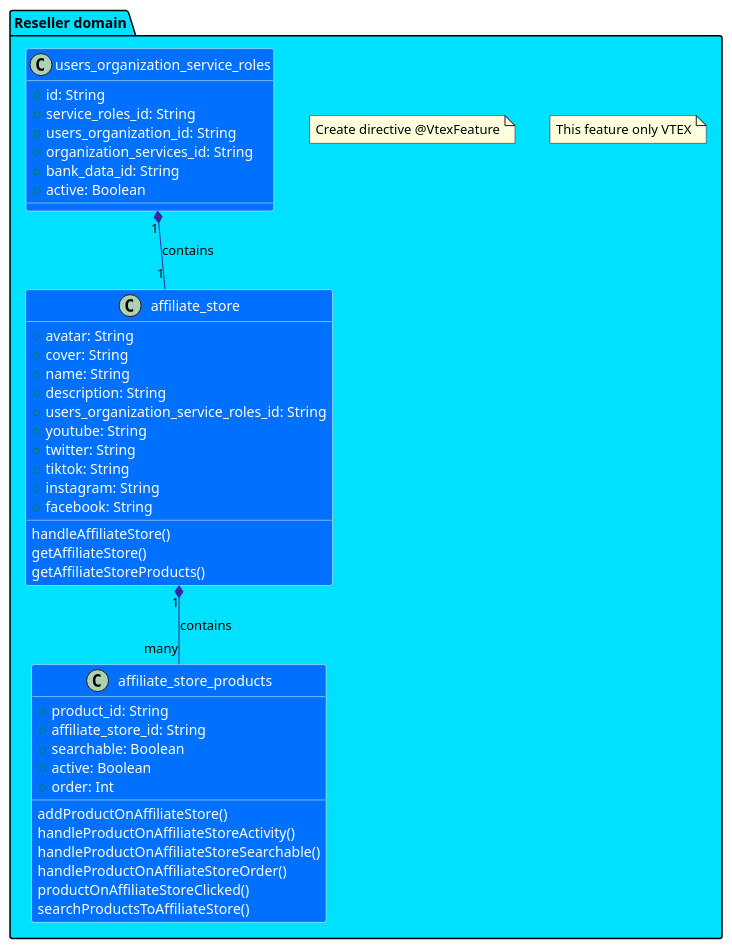
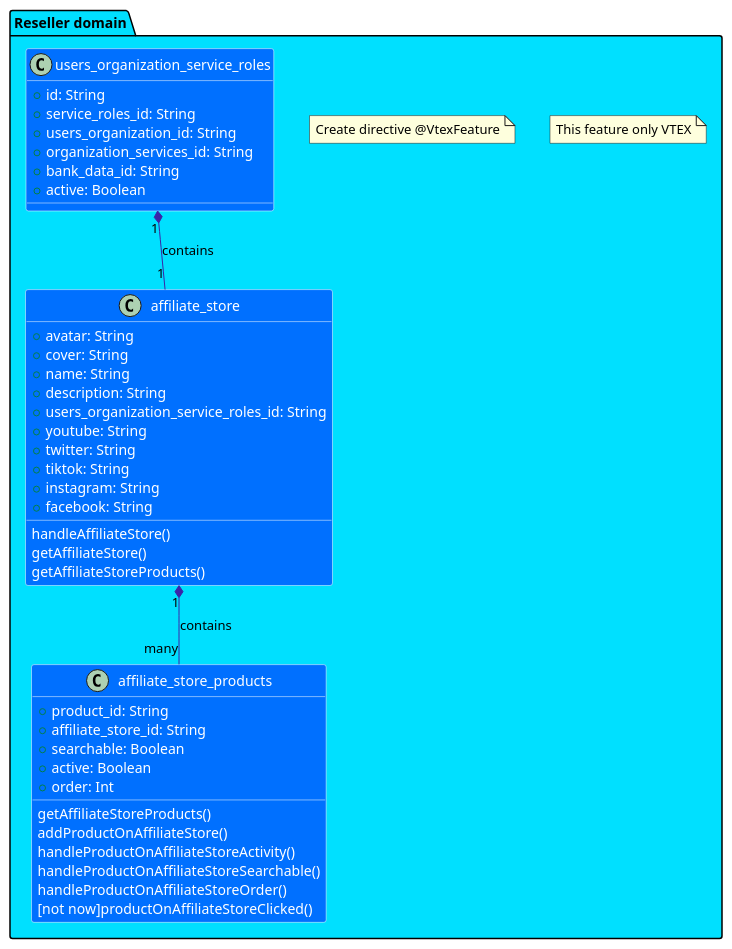
The diagram in affiliate-store-architecture.md (LucasTiberio/retailer-dev-api), drawn with PlantUML before and after one commit. The commit also changed 16 other files, not shown here.

Commit message:
fixed: affiliate-store-products added.

````diff
--- a/affiliate-store-architecture.md
+++ b/affiliate-store-architecture.md
@@ -7,66 +7,66 @@
 ```plantuml
 @startuml
 package "Reseller domain" #00E0FF {
 
     skinparam class {
         BackgroundColor #0070FF
         ArrowColor #3B24A8
         BorderColor White
         FontColor White
         AttributeFontColor White
         FontSize 16
         AttributeFontSize 14
         FontName Arial
     }
     skinparam stereotypeCBackgroundColor White
 
     note "This feature only VTEX" as N1
 
     note "Create directive @VtexFeature" as N2
 
     class users_organization_service_roles {
         + id: String
         + service_roles_id: String
         + users_organization_id: String
         + organization_services_id: String
         + bank_data_id: String
         + active: Boolean
     }
 
     class affiliate_store {
         + avatar: String
         + cover: String
         + name: String
         + description: String
         + users_organization_service_roles_id: String
         + youtube: String
         + twitter: String
         + tiktok: String
         + instagram: String
         + facebook: String
     }
     affiliate_store : handleAffiliateStore()
     affiliate_store : getAffiliateStore()
 
     class affiliate_store_products {
         + product_id: String
         + affiliate_store_id: String
         + searchable: Boolean
         + active: Boolean
         + order: Int
     }
+    affiliate_store_products : getAffiliateStoreProducts()
     affiliate_store_products : addProductOnAffiliateStore()
     affiliate_store_products : handleProductOnAffiliateStoreActivity()
     affiliate_store_products : handleProductOnAffiliateStoreSearchable()
     affiliate_store_products : handleProductOnAffiliateStoreOrder()
-    affiliate_store_products : productOnAffiliateStoreClicked()
-    affiliate_store_products : searchProductsToAffiliateStore()
+    affiliate_store_products : [not now]productOnAffiliateStoreClicked()
     affiliate_store : getAffiliateStoreProducts()
 
     users_organization_service_roles "1" *-- "1" affiliate_store : contains
 
     affiliate_store "1" *-- "many" affiliate_store_products : contains
 
 }
 @enduml
 ```
````
